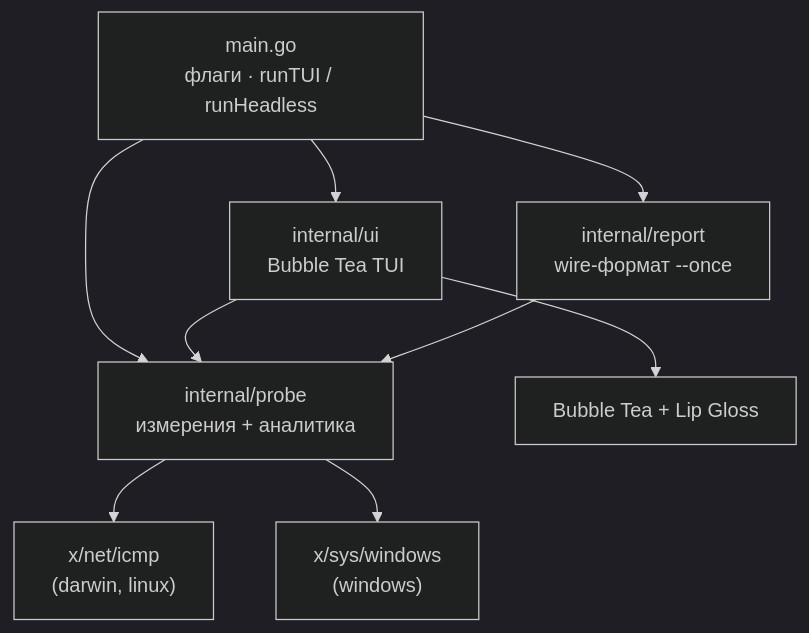
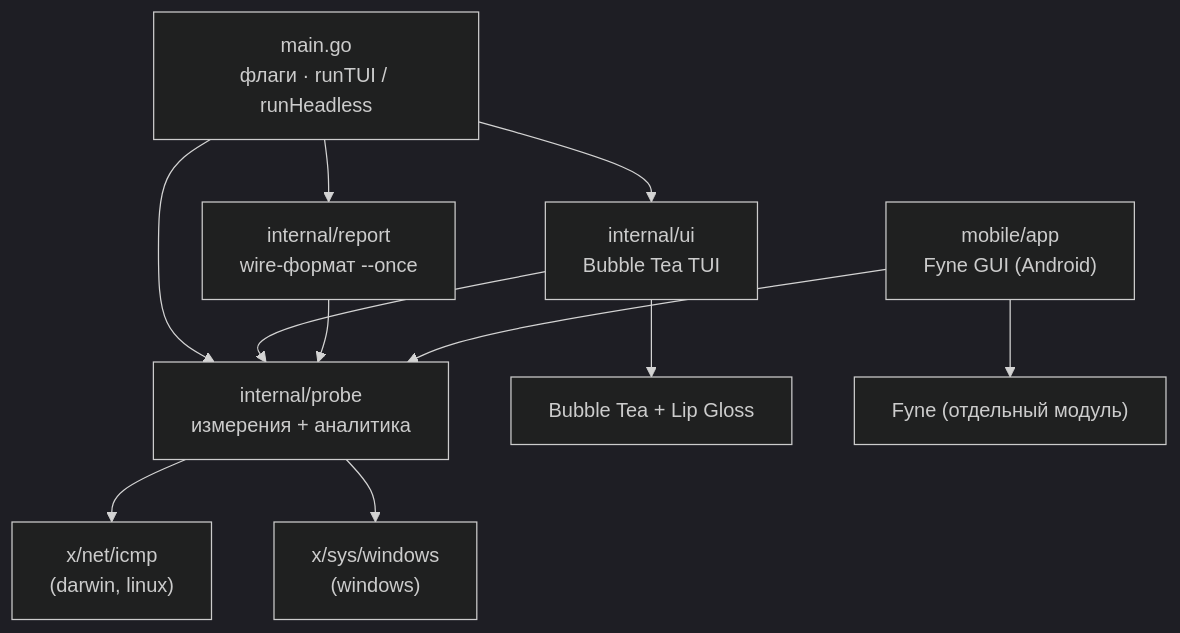
The first of 3 diagrams in docs/ARCHITECTURE.md (tavvet/net-test), drawn with Mermaid (dark theme) before and after one commit. The commit also changed other lines of this file and 21 other files, not shown here.

First line of the commit message:
feat(android): GUI на Fyne поверх internal/probe (#16)

````diff
--- a/docs/ARCHITECTURE.md
+++ b/docs/ARCHITECTURE.md
@@ -26,11 +27,13 @@
 ```mermaid
 graph TD
   main["main.go<br/>флаги · runTUI / runHeadless"] --> ui["internal/ui<br/>Bubble Tea TUI"]
   main --> probe["internal/probe<br/>измерения + аналитика"]
   main --> report["internal/report<br/>wire-формат --once"]
   ui --> probe
   report --> probe
   probe --> xnet["x/net/icmp<br/>(darwin, linux)"]
   probe --> xsys["x/sys/windows<br/>(windows)"]
   ui --> charm["Bubble Tea + Lip Gloss"]
+  mobile["mobile/app<br/>Fyne GUI (Android)"] --> probe
+  mobile --> fyne["Fyne (отдельный модуль)"]
 ```
````
